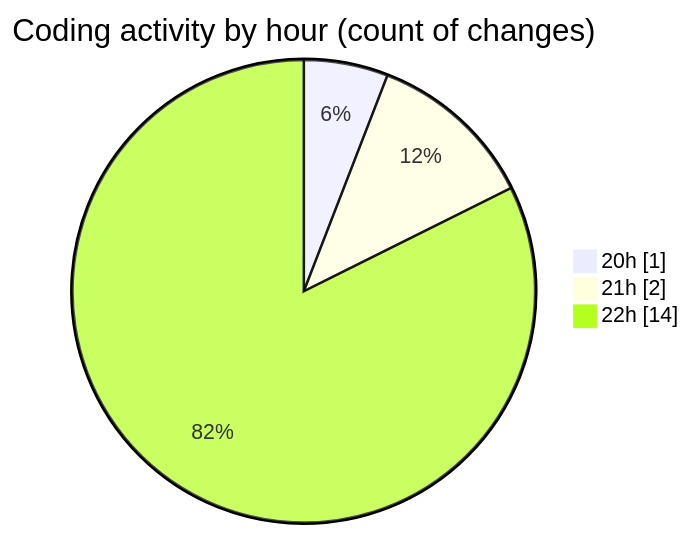
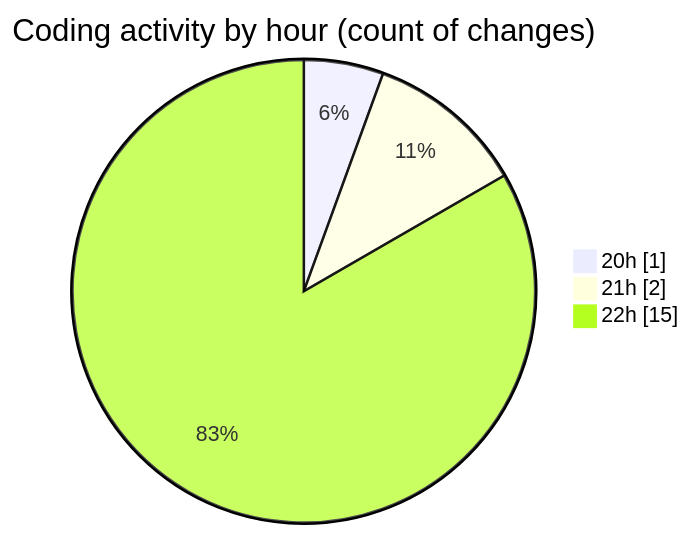
The second of 2 diagrams in 2025-02-18/myws__workspace_/README.md (MatusMokan/code-tracking), drawn with Mermaid before and after one commit. The commit also changed other lines of this file and 1 other file, not shown here.

````diff
--- a/2025-02-18/myws__workspace_/README.md
+++ b/2025-02-18/myws__workspace_/README.md
@@ -36,7 +36,7 @@
 ```mermaid
 pie showData
 title Coding activity by hour (count of changes)
 "20h" : 1
 "21h" : 2
-"22h" : 14
+"22h" : 15
 ```
````
